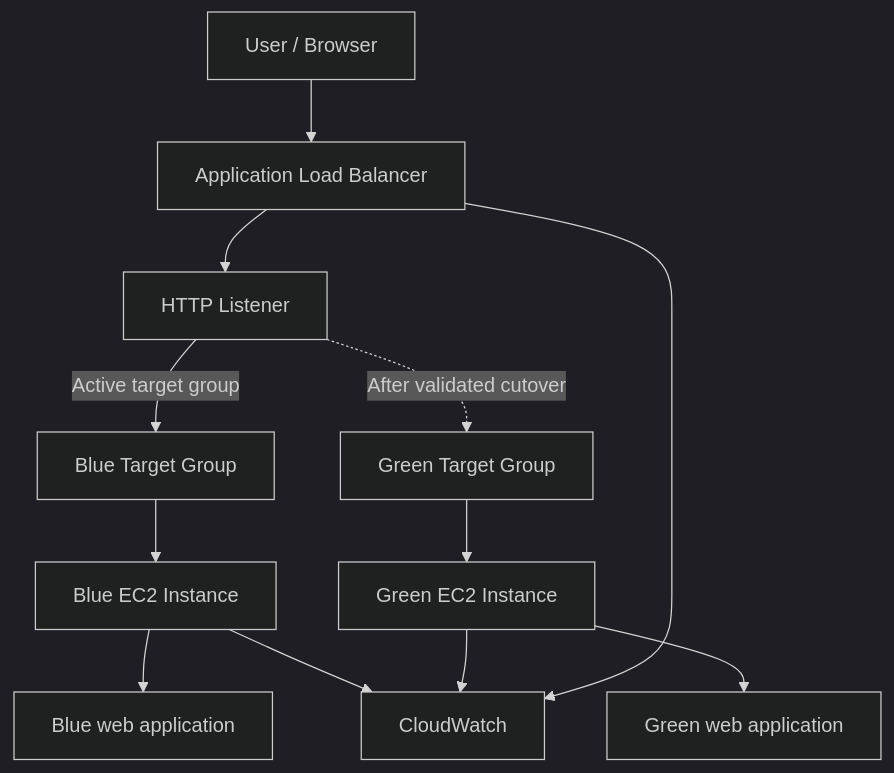
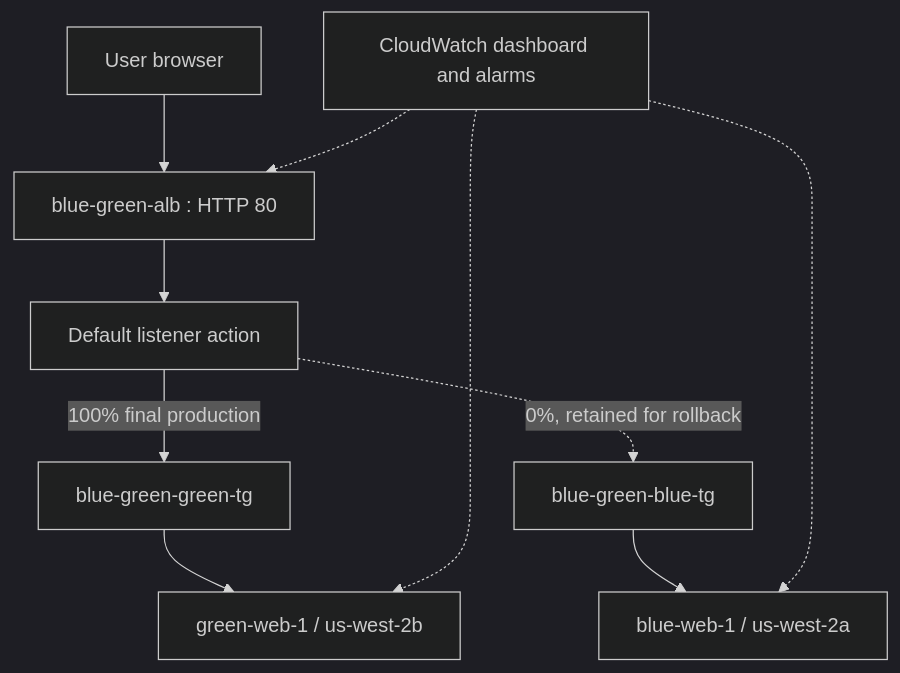
The diagram in architecture/blue-green-architecture.md (RURIGIMK/aws-blue-green-deployment), drawn with Mermaid (dark theme) before and after one commit. The commit also changed other lines of this file, not shown here.

Commit message:
Record deployed Blue-Green architecture

````diff
--- a/architecture/blue-green-architecture.md
+++ b/architecture/blue-green-architecture.md
@@ -11,14 +61,12 @@
 ```mermaid
-flowchart TD
-    U[User / Browser] --> ALB[Application Load Balancer]
-    ALB --> L[HTTP Listener]
-    L -->|Active target group| TG_B[Blue Target Group]
-    L -.->|After validated cutover| TG_G[Green Target Group]
-    TG_B --> B[Blue EC2 Instance]
-    TG_G --> G[Green EC2 Instance]
-    B --> BA[Blue web application]
-    G --> GA[Green web application]
-    B --> CW[CloudWatch]
-    G --> CW
-    ALB --> CW
+flowchart TB
+    U[User browser] --> ALB[blue-green-alb : HTTP 80]
+    ALB --> L[Default listener action]
+    L -->|100% final production| GTG[blue-green-green-tg]
+    L -.->|0%, retained for rollback| BTG[blue-green-blue-tg]
+    GTG --> G[green-web-1 / us-west-2b]
+    BTG --> B[blue-web-1 / us-west-2a]
+    CW[CloudWatch dashboard and alarms] -.-> ALB
+    CW -.-> G
+    CW -.-> B
 ```
````
